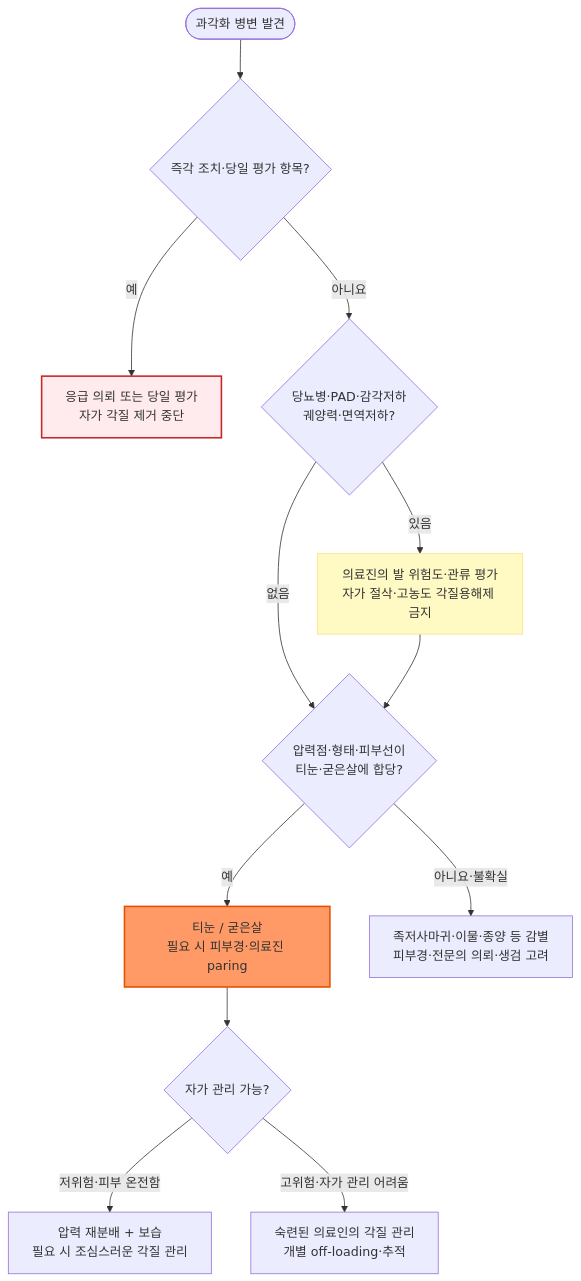
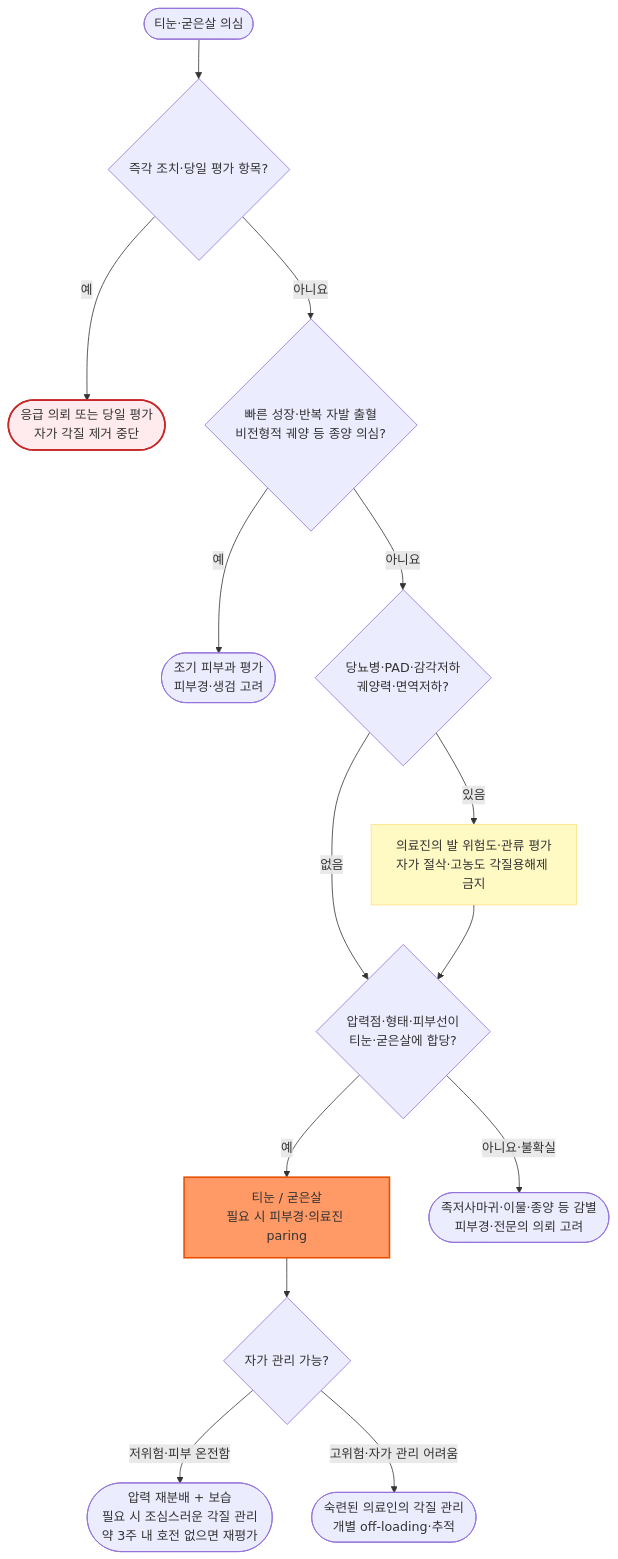
Before and after one commit to familyoh77/familyoh77: the diagram in 229_/183_-callus-corn.md, drawn with Mermaid. The commit also changed other lines of this file and 10 other files, not shown here.

````diff
--- a/229_/183_-callus-corn.md
+++ b/229_/183_-callus-corn.md
@@ -89,17 +89,19 @@
 ```mermaid
 graph TD
-    A(["과각화 병변 발견"]) --> U{"즉각 조치·당일 평가 항목?"}
-    U -->|"예"| V["응급 의뢰 또는 당일 평가<br>자가 각질 제거 중단"]
-    U -->|"아니요"| E{"당뇨병·PAD·감각저하<br>궤양력·면역저하?"}
+    A(["티눈·굳은살 의심"]) --> U{"즉각 조치·당일 평가 항목?"}
+    U -->|"예"| V(["응급 의뢰 또는 당일 평가<br>자가 각질 제거 중단"])
+    U -->|"아니요"| Q{"빠른 성장·반복 자발 출혈<br>비전형적 궤양 등 종양 의심?"}
+    Q -->|"예"| G(["조기 피부과 평가<br>피부경·생검 고려"])
+    Q -->|"아니요"| E{"당뇨병·PAD·감각저하<br>궤양력·면역저하?"}
     E -->|"있음"| H["의료진의 발 위험도·관류 평가<br>자가 절삭·고농도 각질용해제 금지"]
     E -->|"없음"| B{"압력점·형태·피부선이<br>티눈·굳은살에 합당?"}
     H --> B
     B -->|"예"| D["티눈 / 굳은살<br>필요 시 피부경·의료진 paring"]
-    B -->|"아니요·불확실"| G["족저사마귀·이물·종양 등 감별<br>피부경·전문의 의뢰·생검 고려"]
+    B -->|"아니요·불확실"| J(["족저사마귀·이물·종양 등 감별<br>피부경·전문의 의뢰 고려"])
     D --> R{"자가 관리 가능?"}
-    R -->|"저위험·피부 온전함"| F["압력 재분배 + 보습<br>필요 시 조심스러운 각질 관리"]
-    R -->|"고위험·자가 관리 어려움"| P["숙련된 의료인의 각질 관리<br>개별 off-loading·추적"]
+    R -->|"저위험·피부 온전함"| F(["압력 재분배 + 보습<br>필요 시 조심스러운 각질 관리<br>약 3주 내 호전 없으면 재평가"])
+    R -->|"고위험·자가 관리 어려움"| P(["숙련된 의료인의 각질 관리<br>개별 off-loading·추적"])
     style D fill:#f96,stroke:#e65100,stroke-width:2px
     style V fill:#ffebee,stroke:#c62828,stroke-width:2px
     style H fill:#fff9c4,stroke:#ffe082
 ```
````
